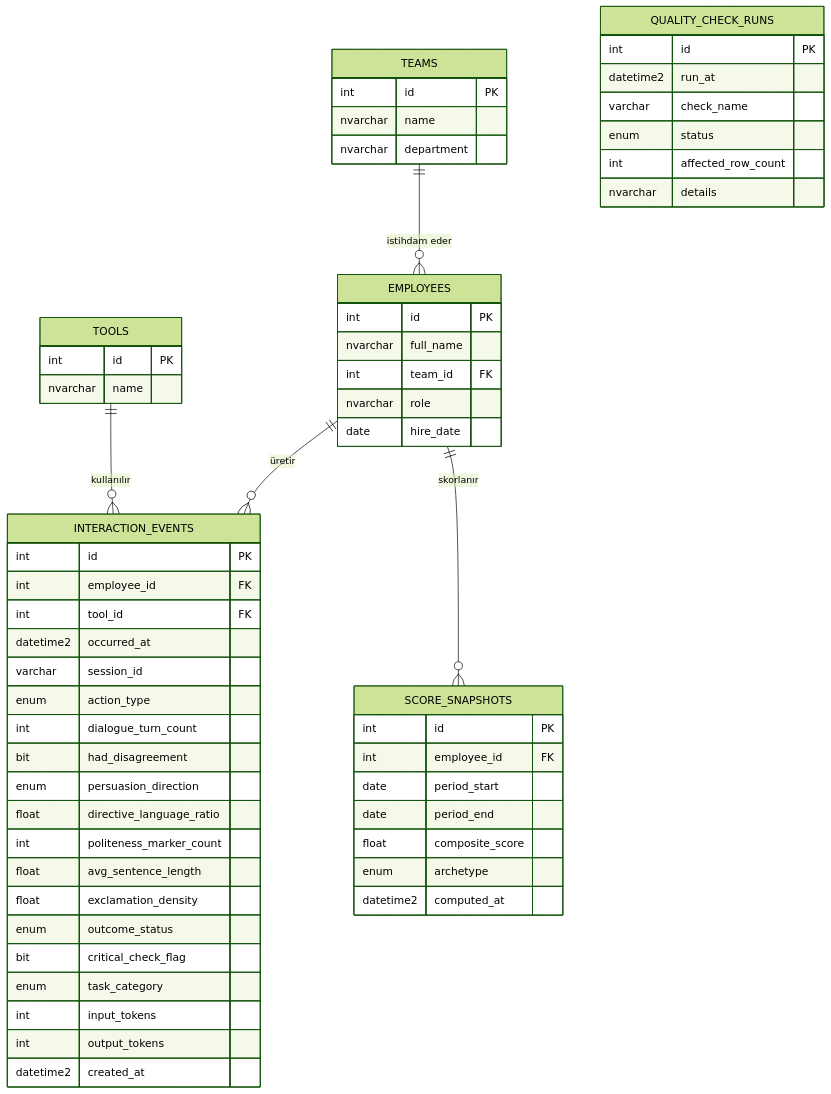
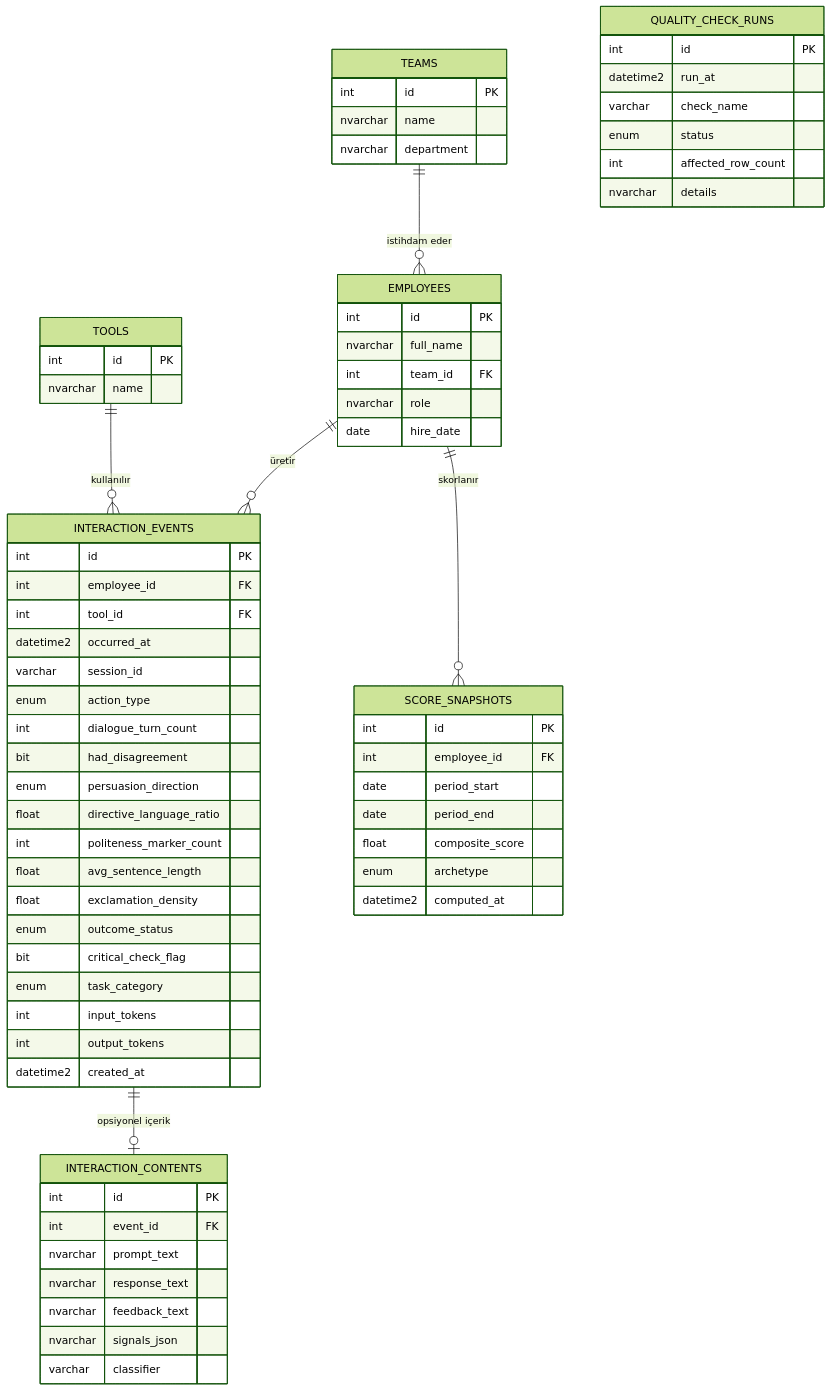
The diagram in docs/data_dictionary.md (BurakOnce/CoWorkIndex), drawn with Mermaid (forest theme) before and after one commit. The commit also changed other lines of this file and 33 other files, not shown here.

````diff
--- a/docs/data_dictionary.md
+++ b/docs/data_dictionary.md
@@ -14,62 +17,72 @@
 ```mermaid
 erDiagram
     TEAMS ||--o{ EMPLOYEES : "istihdam eder"
     EMPLOYEES ||--o{ INTERACTION_EVENTS : "üretir"
     TOOLS ||--o{ INTERACTION_EVENTS : "kullanılır"
     EMPLOYEES ||--o{ SCORE_SNAPSHOTS : "skorlanır"
+    INTERACTION_EVENTS ||--o| INTERACTION_CONTENTS : "opsiyonel içerik"
 
     TEAMS {
         int id PK
         nvarchar name
         nvarchar department
     }
     EMPLOYEES {
         int id PK
         nvarchar full_name
         int team_id FK
         nvarchar role
         date hire_date
     }
     TOOLS {
         int id PK
         nvarchar name
     }
     INTERACTION_EVENTS {
         int id PK
         int employee_id FK
         int tool_id FK
         datetime2 occurred_at
         varchar session_id
         enum action_type
         int dialogue_turn_count
         bit had_disagreement
         enum persuasion_direction
         float directive_language_ratio
         int politeness_marker_count
         float avg_sentence_length
         float exclamation_density
         enum outcome_status
         bit critical_check_flag
         enum task_category
         int input_tokens
         int output_tokens
         datetime2 created_at
     }
     SCORE_SNAPSHOTS {
         int id PK
         int employee_id FK
         date period_start
         date period_end
         float composite_score
         enum archetype
         datetime2 computed_at
     }
+    INTERACTION_CONTENTS {
+        int id PK
+        int event_id FK
+        nvarchar prompt_text
+        nvarchar response_text
+        nvarchar feedback_text
+        nvarchar signals_json
+        varchar classifier
+    }
     QUALITY_CHECK_RUNS {
         int id PK
         datetime2 run_at
         varchar check_name
         enum status
         int affected_row_count
         nvarchar details
     }
 ```
````
